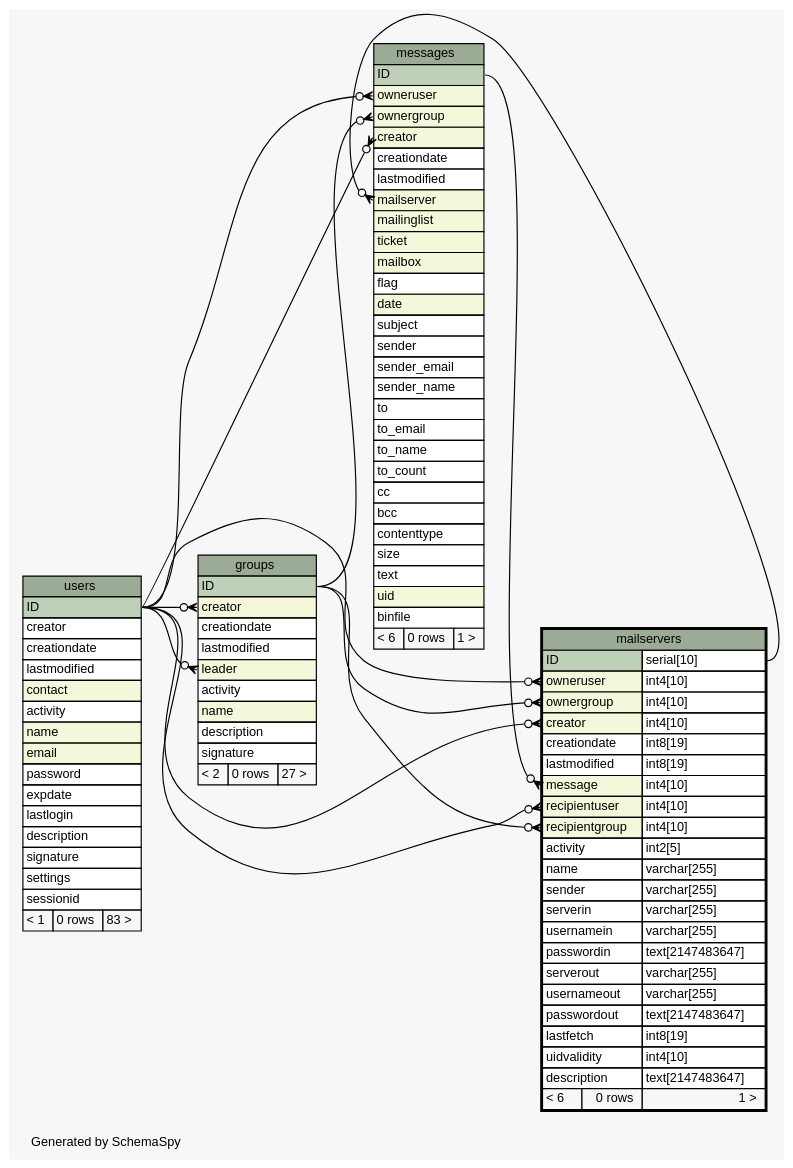
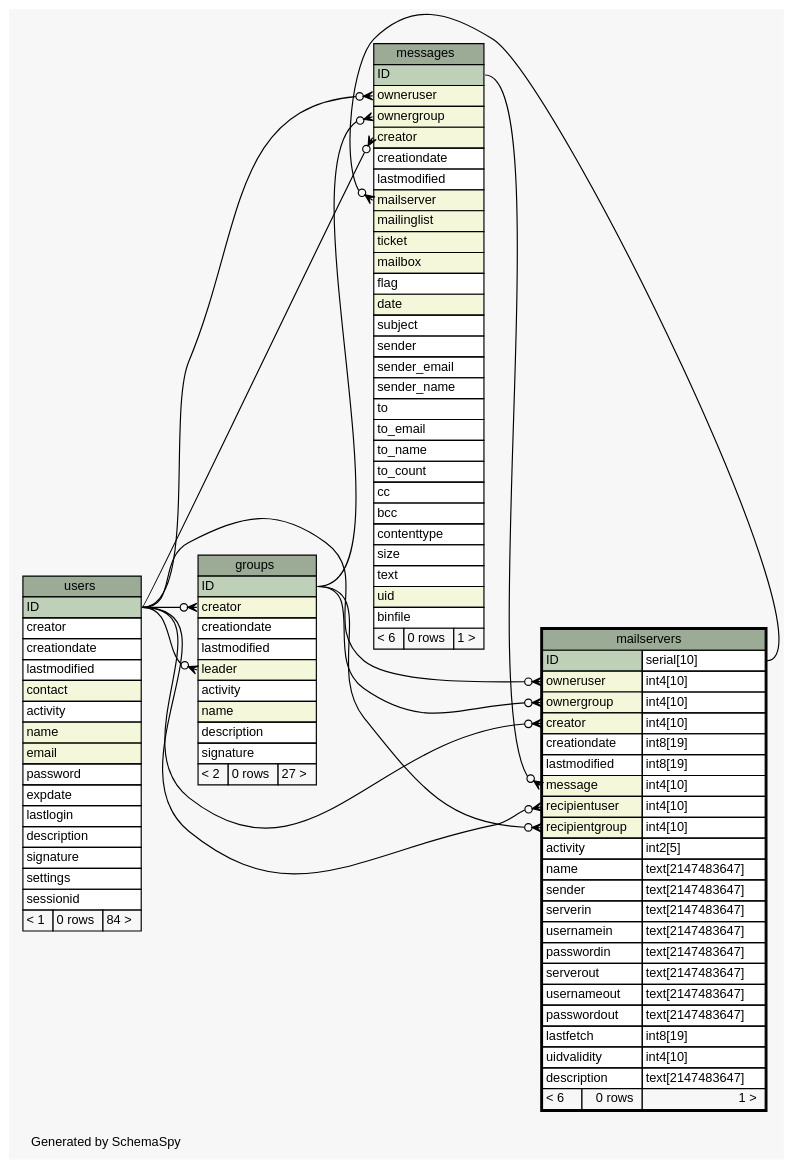
One commit to zeyosinc/zeyos-schema changed the diagram in diagrams/mailservers.1degree.dot. Above: the diagram before and after it, drawn with Graphviz. The commit also changed 291 other files, not shown here.

```diff
--- a/diagrams/mailservers.1degree.dot
+++ b/diagrams/mailservers.1degree.dot
@@ -1,142 +1,142 @@
 // dot 2.38.0 on Windows 8.1 6.3
 // SchemaSpy rev 590
 digraph "oneDegreeRelationshipsDiagram" {
   graph [
     rankdir="RL"
     bgcolor="#f7f7f7"
     label="\nGenerated by SchemaSpy"
     labeljust="l"
     nodesep="0.18"
     ranksep="0.46"
     fontname="Helvetica"
     fontsize="11"
   ];
   node [
     fontname="Helvetica"
     fontsize="11"
     shape="plaintext"
   ];
   edge [
     arrowsize="0.8"
   ];
   "groups":"creator":w -> "users":"ID":e [arrowhead=none dir=back arrowtail=crowodot];
   "groups":"leader":w -> "users":"ID":e [arrowhead=none dir=back arrowtail=crowodot];
   "mailservers":"creator":w -> "users":"ID":e [arrowhead=none dir=back arrowtail=crowodot];
   "mailservers":"message":w -> "messages":"ID":e [arrowhead=none dir=back arrowtail=crowodot];
   "mailservers":"ownergroup":w -> "groups":"ID":e [arrowhead=none dir=back arrowtail=crowodot];
   "mailservers":"owneruser":w -> "users":"ID":e [arrowhead=none dir=back arrowtail=crowodot];
   "mailservers":"recipientgroup":w -> "groups":"ID":e [arrowhead=none dir=back arrowtail=crowodot];
   "mailservers":"recipientuser":w -> "users":"ID":e [arrowhead=none dir=back arrowtail=crowodot];
   "messages":"creator":w -> "users":"ID":e [arrowhead=none dir=back arrowtail=crowodot];
   "messages":"mailserver":w -> "mailservers":"ID.type":e [arrowhead=none dir=back arrowtail=crowodot];
   "messages":"ownergroup":w -> "groups":"ID":e [arrowhead=none dir=back arrowtail=crowodot];
   "messages":"owneruser":w -> "users":"ID":e [arrowhead=none dir=back arrowtail=crowodot];
   "groups" [
     label=<
     <TABLE BORDER="0" CELLBORDER="1" CELLSPACING="0" BGCOLOR="#ffffff">
       <TR><TD COLSPAN="3" BGCOLOR="#9bab96" ALIGN="CENTER">groups</TD></TR>
       <TR><TD PORT="ID" COLSPAN="3" BGCOLOR="#bed1b8" ALIGN="LEFT">ID</TD></TR>
       <TR><TD PORT="creator" COLSPAN="3" BGCOLOR="#f4f7da" ALIGN="LEFT">creator</TD></TR>
       <TR><TD PORT="creationdate" COLSPAN="3" ALIGN="LEFT">creationdate</TD></TR>
       <TR><TD PORT="lastmodified" COLSPAN="3" ALIGN="LEFT">lastmodified</TD></TR>
       <TR><TD PORT="leader" COLSPAN="3" BGCOLOR="#f4f7da" ALIGN="LEFT">leader</TD></TR>
       <TR><TD PORT="activity" COLSPAN="3" ALIGN="LEFT">activity</TD></TR>
       <TR><TD PORT="name" COLSPAN="3" BGCOLOR="#f4f7da" ALIGN="LEFT">name</TD></TR>
       <TR><TD PORT="description" COLSPAN="3" ALIGN="LEFT">description</TD></TR>
       <TR><TD PORT="signature" COLSPAN="3" ALIGN="LEFT">signature</TD></TR>
       <TR><TD ALIGN="LEFT" BGCOLOR="#f7f7f7">&lt; 2</TD><TD ALIGN="RIGHT" BGCOLOR="#f7f7f7">0 rows</TD><TD ALIGN="RIGHT" BGCOLOR="#f7f7f7">27 &gt;</TD></TR>
     </TABLE>>
     URL="groups.html"
     tooltip="groups"
   ];
   "mailservers" [
     label=<
     <TABLE BORDER="2" CELLBORDER="1" CELLSPACING="0" BGCOLOR="#ffffff">
       <TR><TD COLSPAN="3" BGCOLOR="#9bab96" ALIGN="CENTER">mailservers</TD></TR>
       <TR><TD PORT="ID" COLSPAN="2" BGCOLOR="#bed1b8" ALIGN="LEFT">ID</TD><TD PORT="ID.type" ALIGN="LEFT">serial[10]</TD></TR>
       <TR><TD PORT="owneruser" COLSPAN="2" BGCOLOR="#f4f7da" ALIGN="LEFT">owneruser</TD><TD PORT="owneruser.type" ALIGN="LEFT">int4[10]</TD></TR>
       <TR><TD PORT="ownergroup" COLSPAN="2" BGCOLOR="#f4f7da" ALIGN="LEFT">ownergroup</TD><TD PORT="ownergroup.type" ALIGN="LEFT">int4[10]</TD></TR>
       <TR><TD PORT="creator" COLSPAN="2" BGCOLOR="#f4f7da" ALIGN="LEFT">creator</TD><TD PORT="creator.type" ALIGN="LEFT">int4[10]</TD></TR>
       <TR><TD PORT="creationdate" COLSPAN="2" ALIGN="LEFT">creationdate</TD><TD PORT="creationdate.type" ALIGN="LEFT">int8[19]</TD></TR>
       <TR><TD PORT="lastmodified" COLSPAN="2" ALIGN="LEFT">lastmodified</TD><TD PORT="lastmodified.type" ALIGN="LEFT">int8[19]</TD></TR>
       <TR><TD PORT="message" COLSPAN="2" BGCOLOR="#f4f7da" ALIGN="LEFT">message</TD><TD PORT="message.type" ALIGN="LEFT">int4[10]</TD></TR>
       <TR><TD PORT="recipientuser" COLSPAN="2" BGCOLOR="#f4f7da" ALIGN="LEFT">recipientuser</TD><TD PORT="recipientuser.type" ALIGN="LEFT">int4[10]</TD></TR>
       <TR><TD PORT="recipientgroup" COLSPAN="2" BGCOLOR="#f4f7da" ALIGN="LEFT">recipientgroup</TD><TD PORT="recipientgroup.type" ALIGN="LEFT">int4[10]</TD></TR>
       <TR><TD PORT="activity" COLSPAN="2" ALIGN="LEFT">activity</TD><TD PORT="activity.type" ALIGN="LEFT">int2[5]</TD></TR>
-      <TR><TD PORT="name" COLSPAN="2" ALIGN="LEFT">name</TD><TD PORT="name.type" ALIGN="LEFT">varchar[255]</TD></TR>
-      <TR><TD PORT="sender" COLSPAN="2" ALIGN="LEFT">sender</TD><TD PORT="sender.type" ALIGN="LEFT">varchar[255]</TD></TR>
-      <TR><TD PORT="serverin" COLSPAN="2" ALIGN="LEFT">serverin</TD><TD PORT="serverin.type" ALIGN="LEFT">varchar[255]</TD></TR>
-      <TR><TD PORT="usernamein" COLSPAN="2" ALIGN="LEFT">usernamein</TD><TD PORT="usernamein.type" ALIGN="LEFT">varchar[255]</TD></TR>
+      <TR><TD PORT="name" COLSPAN="2" ALIGN="LEFT">name</TD><TD PORT="name.type" ALIGN="LEFT">text[2147483647]</TD></TR>
+      <TR><TD PORT="sender" COLSPAN="2" ALIGN="LEFT">sender</TD><TD PORT="sender.type" ALIGN="LEFT">text[2147483647]</TD></TR>
+      <TR><TD PORT="serverin" COLSPAN="2" ALIGN="LEFT">serverin</TD><TD PORT="serverin.type" ALIGN="LEFT">text[2147483647]</TD></TR>
+      <TR><TD PORT="usernamein" COLSPAN="2" ALIGN="LEFT">usernamein</TD><TD PORT="usernamein.type" ALIGN="LEFT">text[2147483647]</TD></TR>
       <TR><TD PORT="passwordin" COLSPAN="2" ALIGN="LEFT">passwordin</TD><TD PORT="passwordin.type" ALIGN="LEFT">text[2147483647]</TD></TR>
-      <TR><TD PORT="serverout" COLSPAN="2" ALIGN="LEFT">serverout</TD><TD PORT="serverout.type" ALIGN="LEFT">varchar[255]</TD></TR>
-      <TR><TD PORT="usernameout" COLSPAN="2" ALIGN="LEFT">usernameout</TD><TD PORT="usernameout.type" ALIGN="LEFT">varchar[255]</TD></TR>
+      <TR><TD PORT="serverout" COLSPAN="2" ALIGN="LEFT">serverout</TD><TD PORT="serverout.type" ALIGN="LEFT">text[2147483647]</TD></TR>
+      <TR><TD PORT="usernameout" COLSPAN="2" ALIGN="LEFT">usernameout</TD><TD PORT="usernameout.type" ALIGN="LEFT">text[2147483647]</TD></TR>
       <TR><TD PORT="passwordout" COLSPAN="2" ALIGN="LEFT">passwordout</TD><TD PORT="passwordout.type" ALIGN="LEFT">text[2147483647]</TD></TR>
       <TR><TD PORT="lastfetch" COLSPAN="2" ALIGN="LEFT">lastfetch</TD><TD PORT="lastfetch.type" ALIGN="LEFT">int8[19]</TD></TR>
       <TR><TD PORT="uidvalidity" COLSPAN="2" ALIGN="LEFT">uidvalidity</TD><TD PORT="uidvalidity.type" ALIGN="LEFT">int4[10]</TD></TR>
       <TR><TD PORT="description" COLSPAN="2" ALIGN="LEFT">description</TD><TD PORT="description.type" ALIGN="LEFT">text[2147483647]</TD></TR>
       <TR><TD ALIGN="LEFT" BGCOLOR="#f7f7f7">&lt; 6</TD><TD ALIGN="RIGHT" BGCOLOR="#f7f7f7">0 rows</TD><TD ALIGN="RIGHT" BGCOLOR="#f7f7f7">1 &gt;</TD></TR>
     </TABLE>>
     URL="mailservers.html"
     tooltip="mailservers"
   ];
   "messages" [
     label=<
     <TABLE BORDER="0" CELLBORDER="1" CELLSPACING="0" BGCOLOR="#ffffff">
       <TR><TD COLSPAN="3" BGCOLOR="#9bab96" ALIGN="CENTER">messages</TD></TR>
       <TR><TD PORT="ID" COLSPAN="3" BGCOLOR="#bed1b8" ALIGN="LEFT">ID</TD></TR>
       <TR><TD PORT="owneruser" COLSPAN="3" BGCOLOR="#f4f7da" ALIGN="LEFT">owneruser</TD></TR>
       <TR><TD PORT="ownergroup" COLSPAN="3" BGCOLOR="#f4f7da" ALIGN="LEFT">ownergroup</TD></TR>
       <TR><TD PORT="creator" COLSPAN="3" BGCOLOR="#f4f7da" ALIGN="LEFT">creator</TD></TR>
       <TR><TD PORT="creationdate" COLSPAN="3" ALIGN="LEFT">creationdate</TD></TR>
       <TR><TD PORT="lastmodified" COLSPAN="3" ALIGN="LEFT">lastmodified</TD></TR>
       <TR><TD PORT="mailserver" COLSPAN="3" BGCOLOR="#f4f7da" ALIGN="LEFT">mailserver</TD></TR>
       <TR><TD PORT="mailinglist" COLSPAN="3" BGCOLOR="#f4f7da" ALIGN="LEFT">mailinglist</TD></TR>
       <TR><TD PORT="ticket" COLSPAN="3" BGCOLOR="#f4f7da" ALIGN="LEFT">ticket</TD></TR>
       <TR><TD PORT="mailbox" COLSPAN="3" BGCOLOR="#f4f7da" ALIGN="LEFT">mailbox</TD></TR>
       <TR><TD PORT="flag" COLSPAN="3" ALIGN="LEFT">flag</TD></TR>
       <TR><TD PORT="date" COLSPAN="3" BGCOLOR="#f4f7da" ALIGN="LEFT">date</TD></TR>
       <TR><TD PORT="subject" COLSPAN="3" ALIGN="LEFT">subject</TD></TR>
       <TR><TD PORT="sender" COLSPAN="3" ALIGN="LEFT">sender</TD></TR>
       <TR><TD PORT="sender_email" COLSPAN="3" ALIGN="LEFT">sender_email</TD></TR>
       <TR><TD PORT="sender_name" COLSPAN="3" ALIGN="LEFT">sender_name</TD></TR>
       <TR><TD PORT="to" COLSPAN="3" ALIGN="LEFT">to</TD></TR>
       <TR><TD PORT="to_email" COLSPAN="3" ALIGN="LEFT">to_email</TD></TR>
       <TR><TD PORT="to_name" COLSPAN="3" ALIGN="LEFT">to_name</TD></TR>
       <TR><TD PORT="to_count" COLSPAN="3" ALIGN="LEFT">to_count</TD></TR>
       <TR><TD PORT="cc" COLSPAN="3" ALIGN="LEFT">cc</TD></TR>
       <TR><TD PORT="bcc" COLSPAN="3" ALIGN="LEFT">bcc</TD></TR>
       <TR><TD PORT="contenttype" COLSPAN="3" ALIGN="LEFT">contenttype</TD></TR>
       <TR><TD PORT="size" COLSPAN="3" ALIGN="LEFT">size</TD></TR>
       <TR><TD PORT="text" COLSPAN="3" ALIGN="LEFT">text</TD></TR>
       <TR><TD PORT="uid" COLSPAN="3" BGCOLOR="#f4f7da" ALIGN="LEFT">uid</TD></TR>
       <TR><TD PORT="binfile" COLSPAN="3" ALIGN="LEFT">binfile</TD></TR>
       <TR><TD ALIGN="LEFT" BGCOLOR="#f7f7f7">&lt; 6</TD><TD ALIGN="RIGHT" BGCOLOR="#f7f7f7">0 rows</TD><TD ALIGN="RIGHT" BGCOLOR="#f7f7f7">1 &gt;</TD></TR>
     </TABLE>>
     URL="messages.html"
     tooltip="messages"
   ];
   "users" [
     label=<
     <TABLE BORDER="0" CELLBORDER="1" CELLSPACING="0" BGCOLOR="#ffffff">
       <TR><TD COLSPAN="3" BGCOLOR="#9bab96" ALIGN="CENTER">users</TD></TR>
       <TR><TD PORT="ID" COLSPAN="3" BGCOLOR="#bed1b8" ALIGN="LEFT">ID</TD></TR>
       <TR><TD PORT="creator" COLSPAN="3" ALIGN="LEFT">creator</TD></TR>
       <TR><TD PORT="creationdate" COLSPAN="3" ALIGN="LEFT">creationdate</TD></TR>
       <TR><TD PORT="lastmodified" COLSPAN="3" ALIGN="LEFT">lastmodified</TD></TR>
       <TR><TD PORT="contact" COLSPAN="3" BGCOLOR="#f4f7da" ALIGN="LEFT">contact</TD></TR>
       <TR><TD PORT="activity" COLSPAN="3" ALIGN="LEFT">activity</TD></TR>
       <TR><TD PORT="name" COLSPAN="3" BGCOLOR="#f4f7da" ALIGN="LEFT">name</TD></TR>
       <TR><TD PORT="email" COLSPAN="3" BGCOLOR="#f4f7da" ALIGN="LEFT">email</TD></TR>
       <TR><TD PORT="password" COLSPAN="3" ALIGN="LEFT">password</TD></TR>
       <TR><TD PORT="expdate" COLSPAN="3" ALIGN="LEFT">expdate</TD></TR>
       <TR><TD PORT="lastlogin" COLSPAN="3" ALIGN="LEFT">lastlogin</TD></TR>
       <TR><TD PORT="description" COLSPAN="3" ALIGN="LEFT">description</TD></TR>
       <TR><TD PORT="signature" COLSPAN="3" ALIGN="LEFT">signature</TD></TR>
       <TR><TD PORT="settings" COLSPAN="3" ALIGN="LEFT">settings</TD></TR>
       <TR><TD PORT="sessionid" COLSPAN="3" ALIGN="LEFT">sessionid</TD></TR>
-      <TR><TD ALIGN="LEFT" BGCOLOR="#f7f7f7">&lt; 1</TD><TD ALIGN="RIGHT" BGCOLOR="#f7f7f7">0 rows</TD><TD ALIGN="RIGHT" BGCOLOR="#f7f7f7">83 &gt;</TD></TR>
+      <TR><TD ALIGN="LEFT" BGCOLOR="#f7f7f7">&lt; 1</TD><TD ALIGN="RIGHT" BGCOLOR="#f7f7f7">0 rows</TD><TD ALIGN="RIGHT" BGCOLOR="#f7f7f7">84 &gt;</TD></TR>
     </TABLE>>
     URL="users.html"
     tooltip="users"
   ];
 }
```
